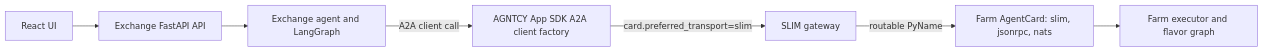
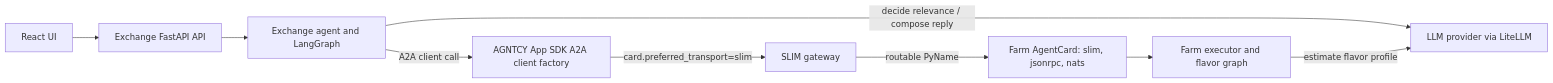
Before and after one commit to agntcy/coffeeAgntcy: the diagram in coffeeAGNTCY/coffee_agents/corto/README.md, drawn with Mermaid. The commit also changed other lines of this file and 1 other file, not shown here.

````diff
--- a/coffeeAGNTCY/coffee_agents/corto/README.md
+++ b/coffeeAGNTCY/coffee_agents/corto/README.md
@@ -41,17 +41,20 @@
 ```mermaid
 flowchart LR
     UI[React UI]
     API[Exchange FastAPI API]
     EX[Exchange agent and LangGraph]
     SDK[AGNTCY App SDK A2A client factory]
     SLIM[SLIM gateway]
     FARM_CARD[Farm AgentCard: slim, jsonrpc, nats]
     FARM[Farm executor and flavor graph]
+    LLM[LLM provider via LiteLLM]
 
     UI --> API
     API --> EX
     EX -->|A2A client call| SDK
     SDK -->|card.preferred_transport=slim| SLIM
     SLIM -->|routable PyName| FARM_CARD
     FARM_CARD --> FARM
+    EX -->|decide relevance / compose reply| LLM
+    FARM -->|estimate flavor profile| LLM
 ```
````
